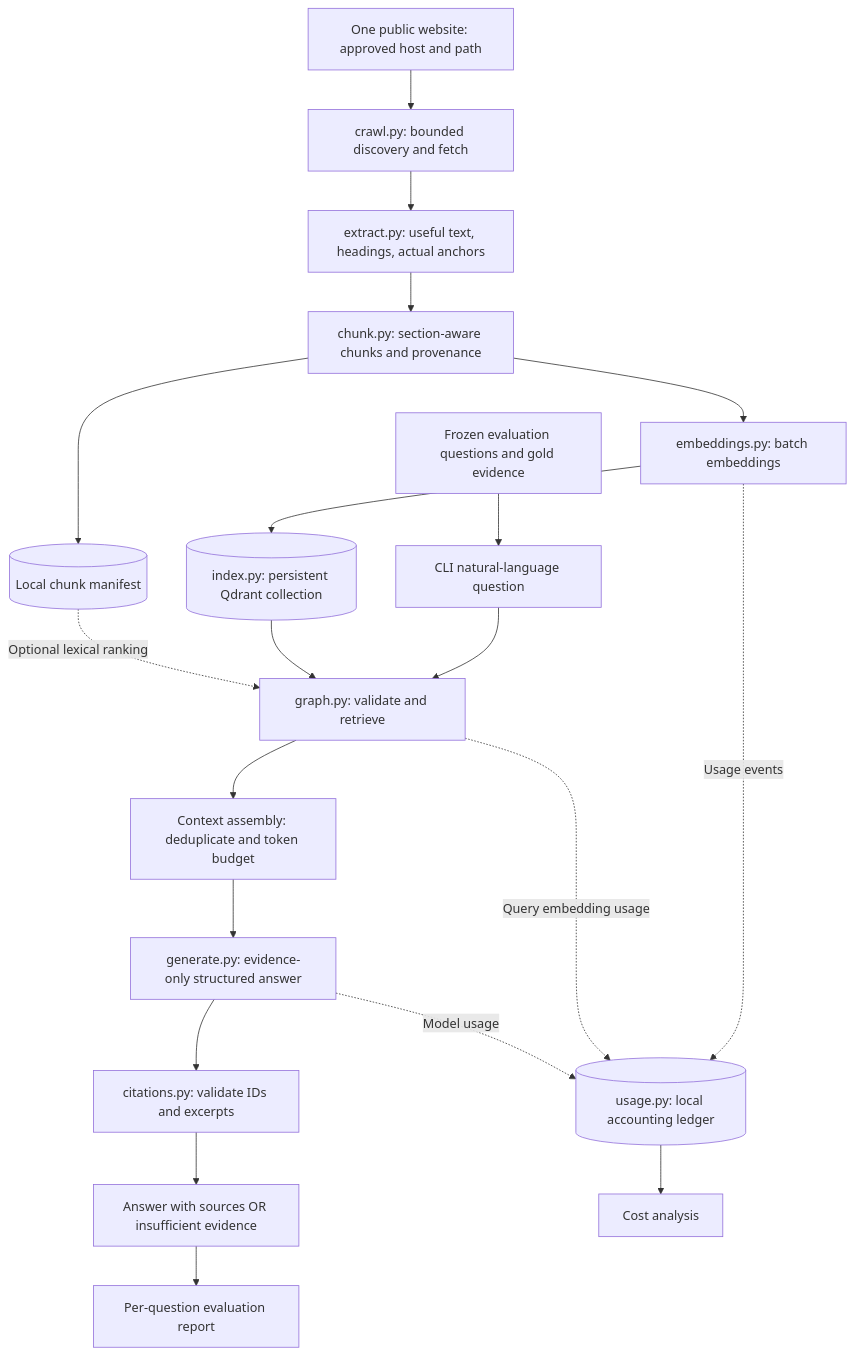
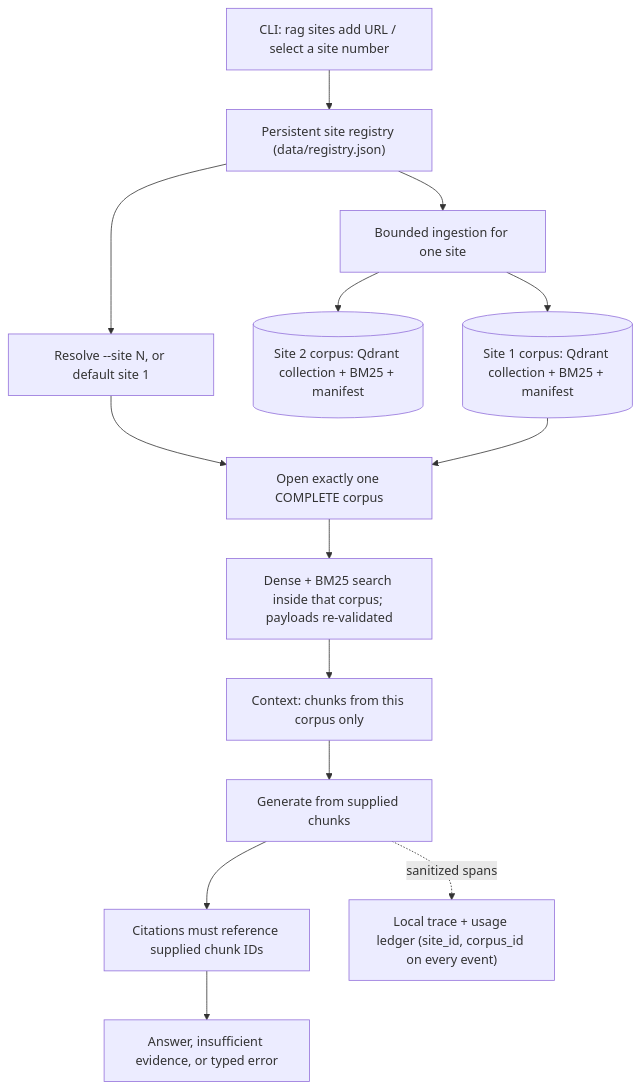
The first of 2 diagrams in docs/architecture.md (abhiteshbhardwaj9319/Website_crawler), drawn with Mermaid before and after one commit. The commit also changed other lines of this file and 45 other files, not shown here.

First line of the commit message:
feat: add evaluation harness, frozen labels, retrieval comparison, and docs

````diff
--- a/docs/architecture.md
+++ b/docs/architecture.md
@@ -9,22 +11,16 @@
 ```mermaid
 flowchart TD
-    A["One public website: approved host and path"] --> B["crawl.py: bounded discovery and fetch"]
-    B --> C["extract.py: useful text, headings, actual anchors"]
-    C --> D["chunk.py: section-aware chunks and provenance"]
-    D --> E["embeddings.py: batch embeddings"]
-    E --> F[("index.py: persistent Qdrant collection")]
-    D --> G[("Local chunk manifest")]
-    Q["CLI natural-language question"] --> H["graph.py: validate and retrieve"]
-    F --> H
-    G -. "Optional lexical ranking" .-> H
-    H --> I["Context assembly: deduplicate and token budget"]
-    I --> J["generate.py: evidence-only structured answer"]
-    J --> K["citations.py: validate IDs and excerpts"]
-    K --> L["Answer with sources OR insufficient evidence"]
-    E -. "Usage events" .-> U[("usage.py: local accounting ledger")]
-    H -. "Query embedding usage" .-> U
-    J -. "Model usage" .-> U
-    U --> V["Cost analysis"]
-    T["Frozen evaluation questions and gold evidence"] --> Q
-    L --> R["Per-question evaluation report"]
+    A["CLI: rag sites add URL / select a site number"] --> R["Persistent site registry (data/registry.json)"]
+    R --> I["Bounded ingestion for one site"]
+    I --> S1[("Site 1 corpus: Qdrant collection + BM25 + manifest")]
+    I --> S2[("Site 2 corpus: Qdrant collection + BM25 + manifest")]
+    R --> Q["Resolve --site N, or default site 1"]
+    Q --> B["Open exactly one COMPLETE corpus"]
+    S1 --> B
+    B --> D["Dense + BM25 search inside that corpus; payloads re-validated"]
+    D --> C["Context: chunks from this corpus only"]
+    C --> G["Generate from supplied chunks"]
+    G --> V["Citations must reference supplied chunk IDs"]
+    V --> O["Answer, insufficient evidence, or typed error"]
+    G -. "sanitized spans" .-> T["Local trace + usage ledger (site_id, corpus_id on every event)"]
 ```
````
